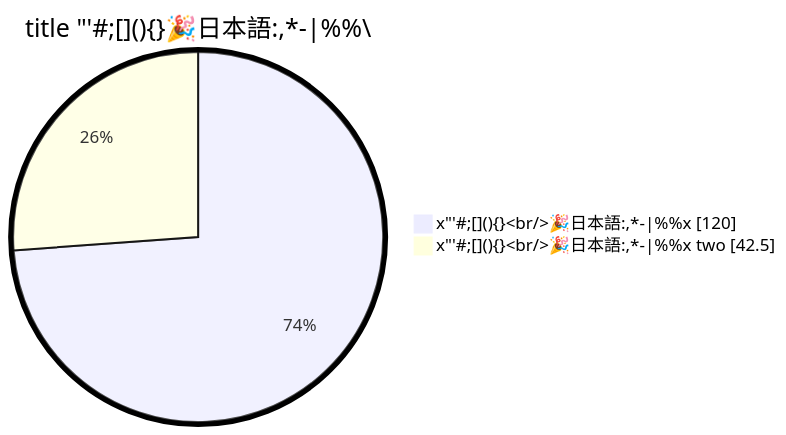
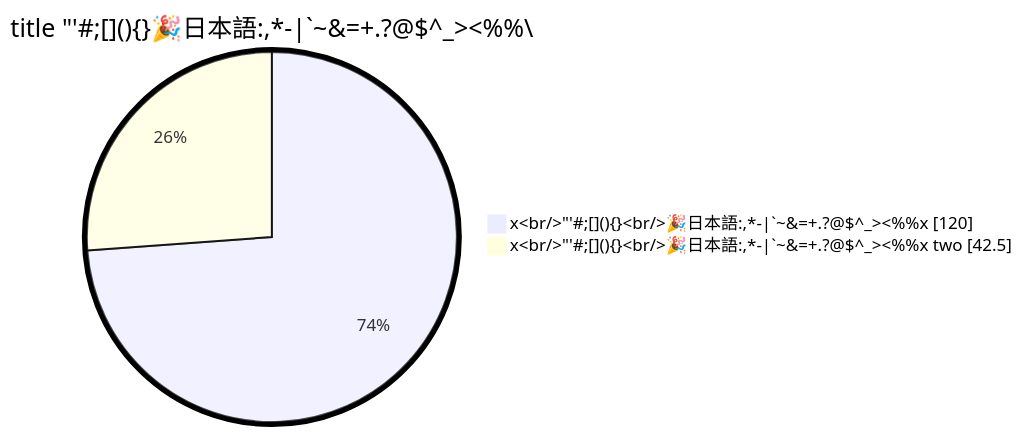
The diagram in doc/edgecase/piechart.md (nao1215/markdown), drawn with Mermaid before and after one commit. The commit also changed other lines of this file and 86 other files, not shown here.

First line of the commit message:
fix(mermaid): escape the labels the extended probe set found unreadable (#188)

````diff
--- a/doc/edgecase/piechart.md
+++ b/doc/edgecase/piechart.md
@@ -5,7 +5,7 @@
 ```mermaid
 %%{init: {"pie": {"textPosition": 0.75}, "themeVariables": {"pieOuterStrokeWidth": "5px"}} }%%
 pie showData
-    title title "'#;[](){}🎉日本語:,*-|#37;#37;\
-    "x#quot;'#;[](){}<br/>🎉日本語:,*-|%%\x" : 120
-    "x#quot;'#;[](){}<br/>🎉日本語:,*-|%%\x two" : 42.500000
+    title title "'#;[](){}🎉日本語:,*-|`~&=+.?@$^_>#60;#37;#37;\
+    "x<br/>#quot;'#;[](){}<br/>🎉日本語:,*-|`~&=+.?@$^_><%%\x" : 120
+    "x<br/>#quot;'#;[](){}<br/>🎉日本語:,*-|`~&=+.?@$^_><%%\x two" : 42.500000
 ```
````
